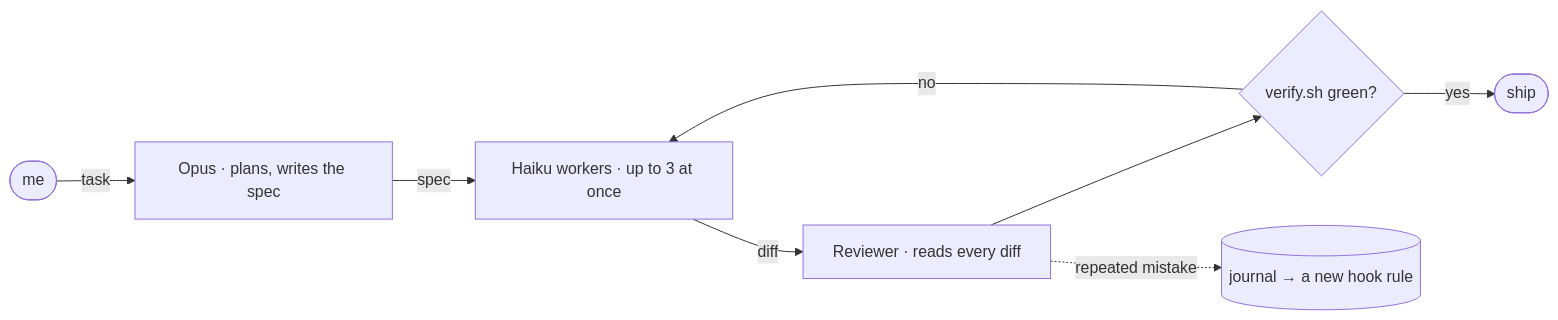
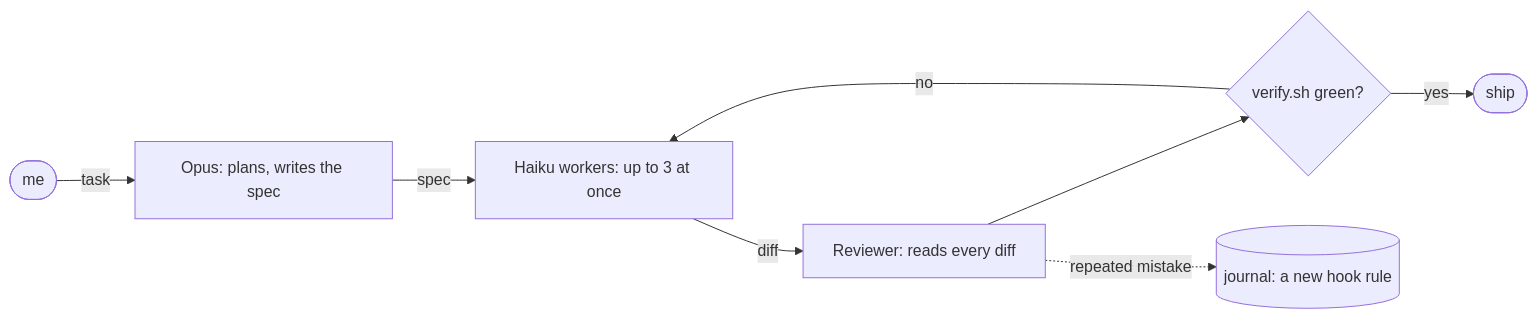
One commit to sysrootix/sysrootix changed the diagram in README.md. Above: the diagram before and after it, drawn with Mermaid. The commit also changed 4 other files, not shown here.

Commit message:
Fix flowchart for GitHub's mermaid

````diff
--- a/README.md
+++ b/README.md
@@ -31,10 +31,10 @@
 ```mermaid
 flowchart LR
-  me(["me"]) -->|task| opus["Opus · plans, writes the spec"]
-  opus -->|spec| haiku["Haiku workers · up to 3 at once"]
-  haiku -->|diff| rev["Reviewer · reads every diff"]
-  rev --> ok{"verify.sh green?"}
-  ok -->|yes| ship(["ship"])
-  ok -->|no| haiku
-  rev -.->|repeated mistake| log[("journal → a new hook rule")]
+  ME([me]) -- task --> OP[Opus: plans, writes the spec]
+  OP -- spec --> HW[Haiku workers: up to 3 at once]
+  HW -- diff --> RV[Reviewer: reads every diff]
+  RV --> OK{verify.sh green?}
+  OK -- yes --> SH([ship])
+  OK -- no --> HW
+  RV -. repeated mistake .-> JR[(journal: a new hook rule)]
 ```
````
